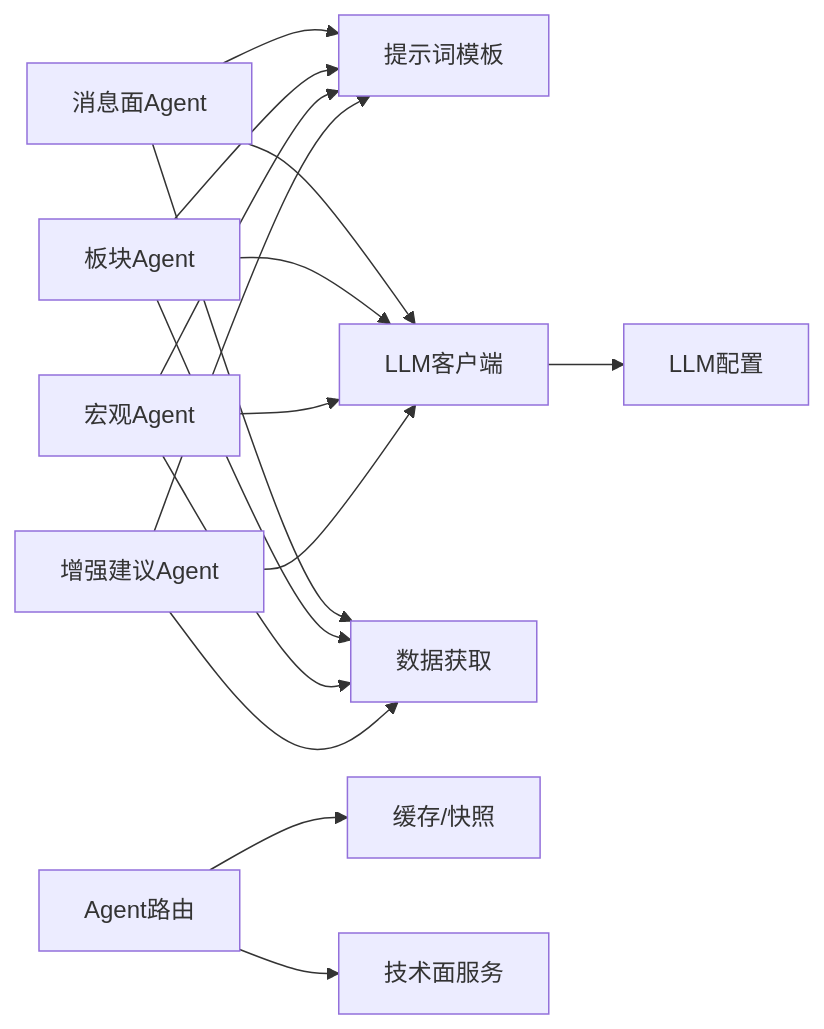
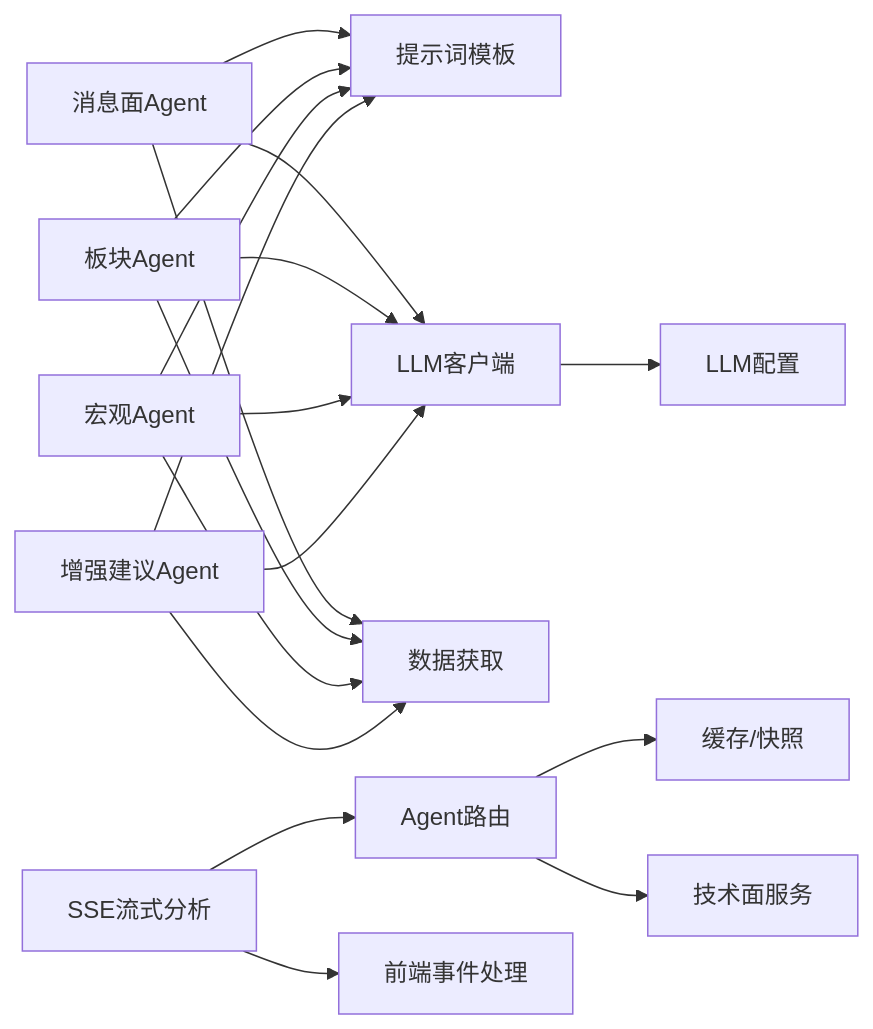
The ninth of 9 diagrams in .qoder/repowiki/zh/content/架构设计/后端架构设计/AI提示词优化.md (Moruime/stock_foker), drawn with Mermaid before and after one commit. The commit also changed other lines of this file and 16 other files, not shown here.

````diff
--- a/.qoder/repowiki/zh/content/架构设计/后端架构设计/AI提示词优化.md
+++ b/.qoder/repowiki/zh/content/架构设计/后端架构设计/AI提示词优化.md
@@ -383,18 +469,20 @@
 ```mermaid
 graph LR
 Sentiment["消息面Agent"] --> Prompts["提示词模板"]
 Sector["板块Agent"] --> Prompts
 Macro["宏观Agent"] --> Prompts
 Enhanced["增强建议Agent"] --> Prompts
 Sentiment --> Client["LLM客户端"]
 Sector --> Client
 Macro --> Client
 Enhanced --> Client
 Client --> Config["LLM配置"]
 Sentiment --> Data["数据获取"]
 Sector --> Data
 Macro --> Data
 Enhanced --> Data
 Router["Agent路由"] --> Cache["缓存/快照"]
 Router --> Tech["技术面服务"]
+SSE["SSE流式分析"] --> Router
+SSE --> FE["前端事件处理"]
 ```
````
